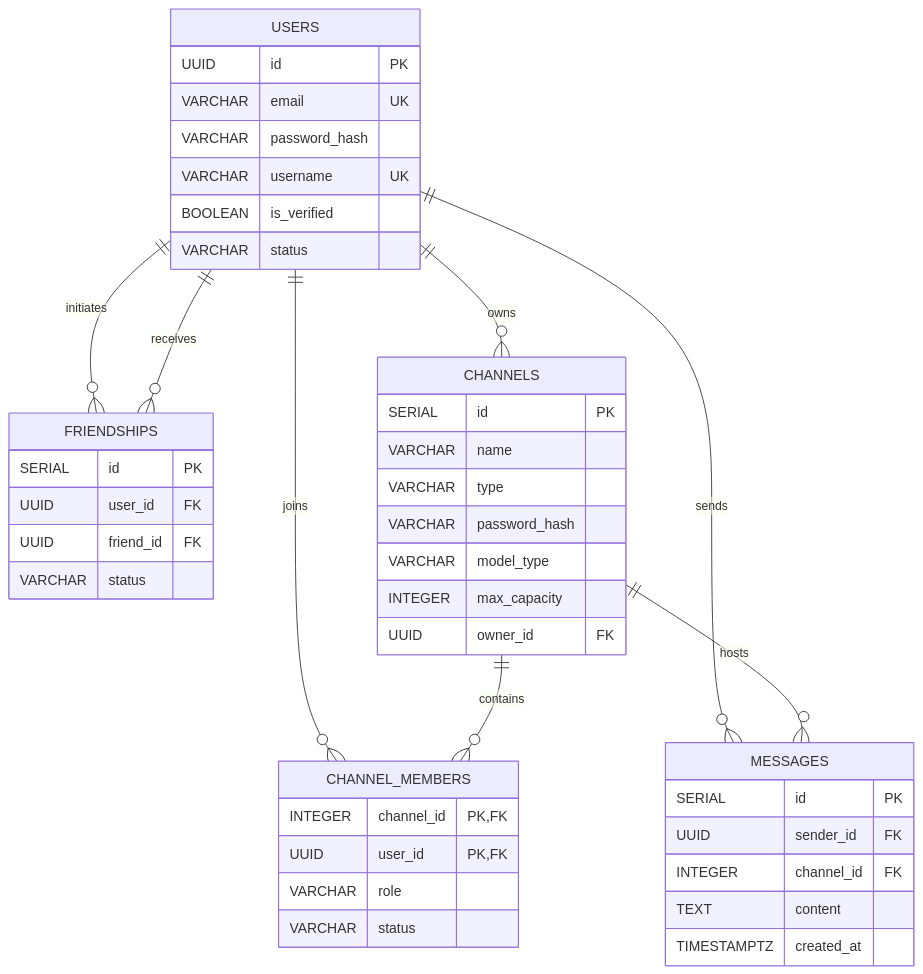
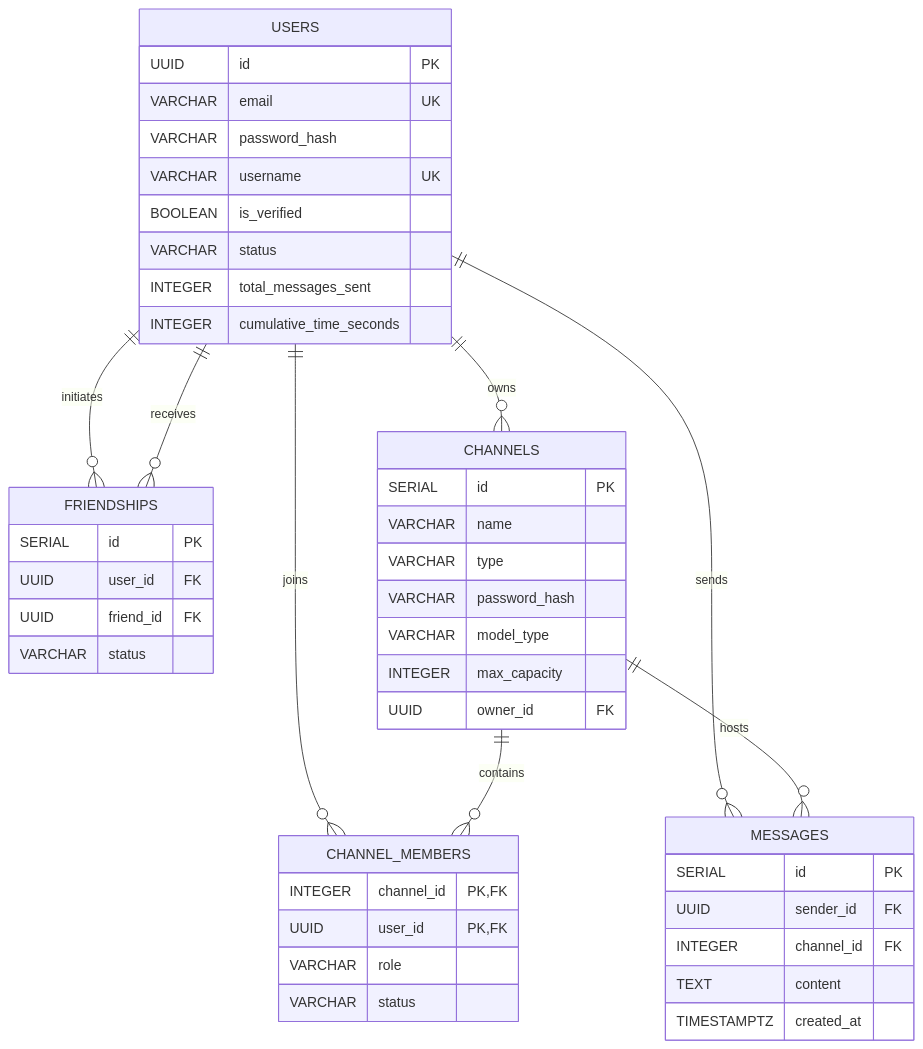
One commit to haiuaki/ft_transcendence changed the diagram in README.md. Above: the diagram before and after it, drawn with Mermaid. The commit also changed 7 other files, not shown here.

````diff
--- a/README.md
+++ b/README.md
@@ -117,47 +117,49 @@
 ```mermaid
 erDiagram
     USERS ||--o{ FRIENDSHIPS : "initiates"
     USERS ||--o{ FRIENDSHIPS : "receives"
     USERS ||--o{ CHANNELS : "owns"
     USERS ||--o{ CHANNEL_MEMBERS : "joins"
     USERS ||--o{ MESSAGES : "sends"
     CHANNELS ||--o{ CHANNEL_MEMBERS : "contains"
     CHANNELS ||--o{ MESSAGES : "hosts"
 
     USERS {
         UUID id PK
         VARCHAR email UK
         VARCHAR password_hash
         VARCHAR username UK
         BOOLEAN is_verified
         VARCHAR status
+        INTEGER total_messages_sent
+        INTEGER cumulative_time_seconds
     }
     FRIENDSHIPS {
         SERIAL id PK
         UUID user_id FK
         UUID friend_id FK
         VARCHAR status
     }
     CHANNELS {
         SERIAL id PK
         VARCHAR name
         VARCHAR type
         VARCHAR password_hash
         VARCHAR model_type
         INTEGER max_capacity
         UUID owner_id FK
     }
     CHANNEL_MEMBERS {
         INTEGER channel_id PK, FK
         UUID user_id PK, FK
         VARCHAR role
         VARCHAR status
     }
     MESSAGES {
         SERIAL id PK
         UUID sender_id FK
         INTEGER channel_id FK
         TEXT content
         TIMESTAMPTZ created_at
     }
 ```
````
